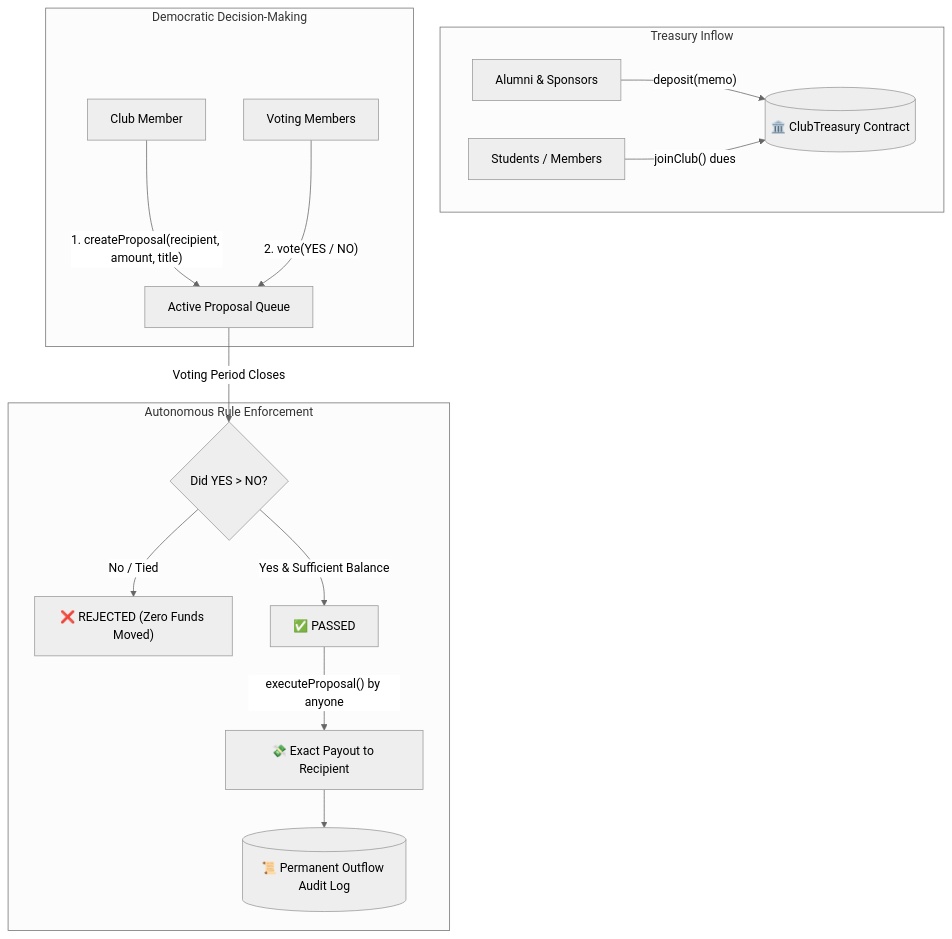
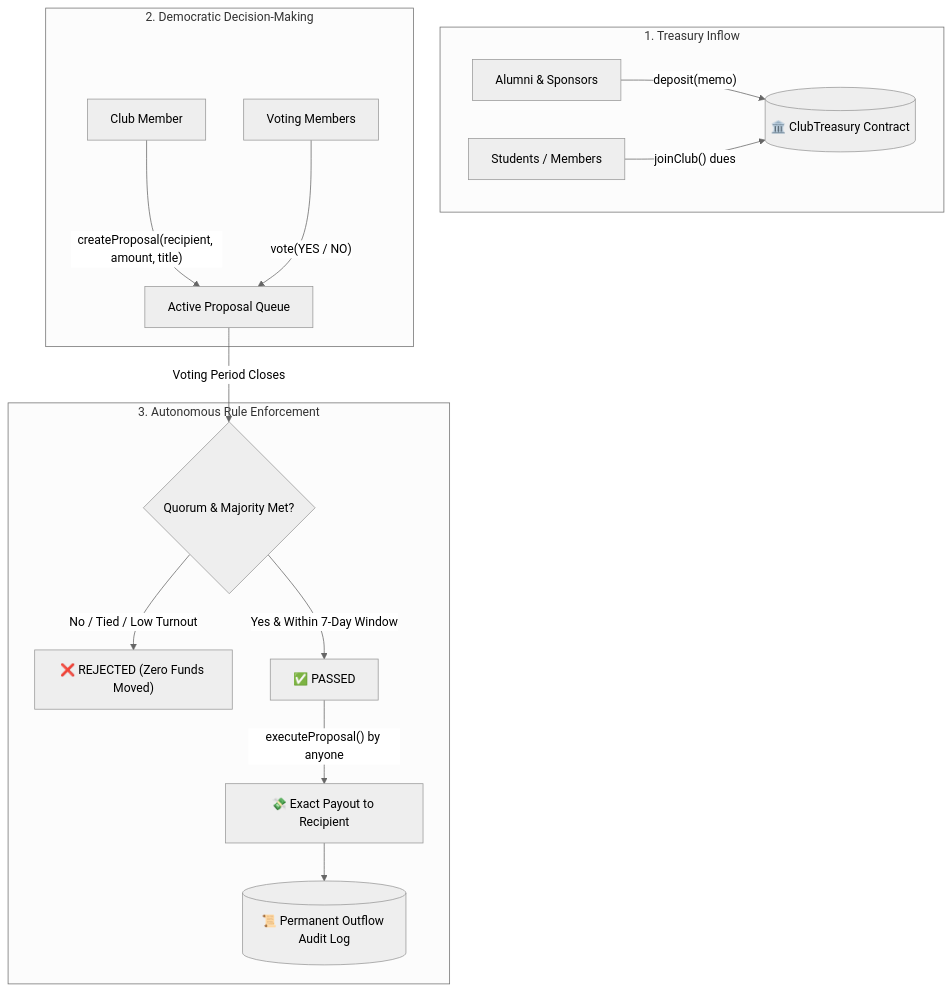
One commit to KRISHAL-SUKDEVE/trustworthy-club-treasury changed the diagram in README.md. Above: the diagram before and after it, drawn with Mermaid (neutral theme). The commit also changed other lines of this file, not shown here.

````diff
--- a/README.md
+++ b/README.md
@@ -34,20 +34,20 @@
 ```mermaid
 flowchart TD
-    subgraph Public_Inflow["Treasury Inflow"]
+    subgraph Public_Inflow["1. Treasury Inflow"]
         Alumni["Alumni & Sponsors"] -- "deposit(memo)" --> Treasury[("🏛️ ClubTreasury Contract")]
         Students["Students / Members"] -- "joinClub() dues" --> Treasury
     end
 
-    subgraph Governance["Democratic Decision-Making"]
-        Member["Club Member"] -- "1. createProposal(recipient, amount, title)" --> Proposals["Active Proposal Queue"]
-        Members["Voting Members"] -- "2. vote(YES / NO)" --> Proposals
+    subgraph Governance["2. Democratic Decision-Making"]
+        Member["Club Member"] -- "createProposal(recipient, amount, title)" --> Proposals["Active Proposal Queue"]
+        Members["Voting Members"] -- "vote(YES / NO)" --> Proposals
     end
 
-    subgraph Execution["Autonomous Rule Enforcement"]
-        Proposals -- "Voting Period Closes" --> Evaluator{"Did YES > NO?"}
-        Evaluator -- "No / Tied" --> Rejected["❌ REJECTED (Zero Funds Moved)"]
-        Evaluator -- "Yes & Sufficient Balance" --> Approved["✅ PASSED"]
+    subgraph Execution["3. Autonomous Rule Enforcement"]
+        Proposals -- "Voting Period Closes" --> Evaluator{"Quorum & Majority Met?"}
+        Evaluator -- "No / Tied / Low Turnout" --> Rejected["❌ REJECTED (Zero Funds Moved)"]
+        Evaluator -- "Yes & Within 7-Day Window" --> Approved["✅ PASSED"]
         Approved -- "executeProposal() by anyone" --> Payout["💸 Exact Payout to Recipient"]
         Payout --> Ledger[("📜 Permanent Outflow Audit Log")]
     end
 ```
````
